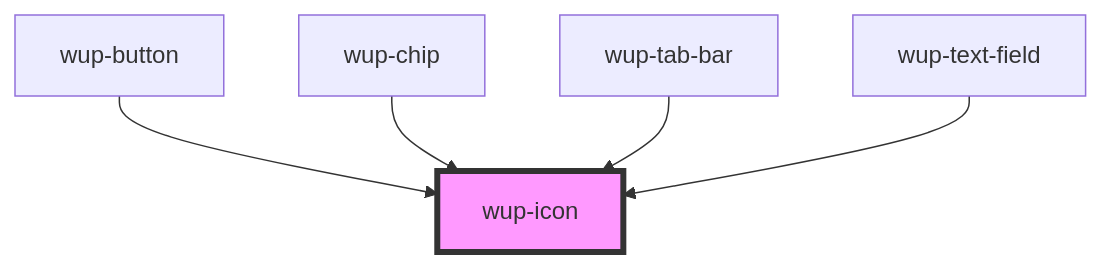
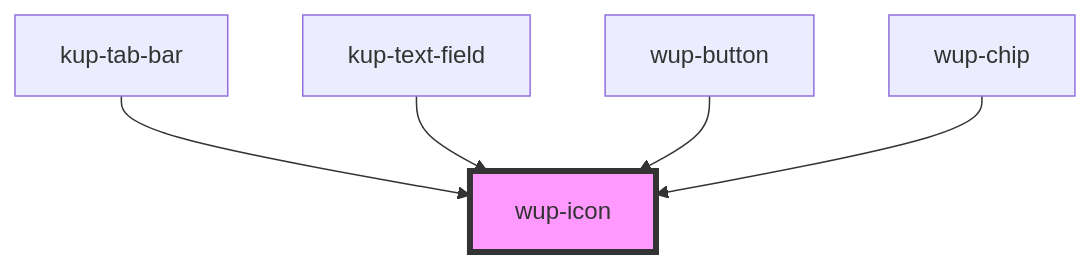
Before and after one commit to smeup/ketchup: the diagram in packages/ketchup/src/components/wup-icon/readme.md, drawn with Mermaid. The commit also changed other lines of this file and 47 other files, not shown here.

Commit message:
list, switch, text-field, tab-bar

````diff
--- a/packages/ketchup/src/components/wup-icon/readme.md
+++ b/packages/ketchup/src/components/wup-icon/readme.md
@@ -29,8 +27,8 @@
 ```mermaid
 graph TD;
+  kup-tab-bar --> wup-icon
+  kup-text-field --> wup-icon
   wup-button --> wup-icon
   wup-chip --> wup-icon
-  wup-tab-bar --> wup-icon
-  wup-text-field --> wup-icon
   style wup-icon fill:#f9f,stroke:#333,stroke-width:4px
 ```
````
